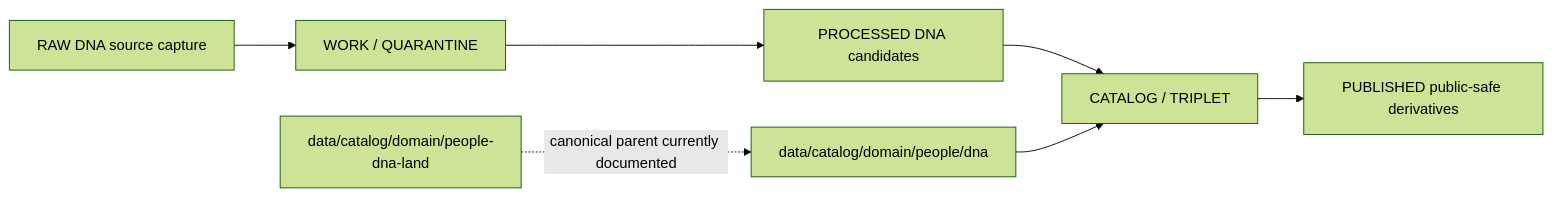
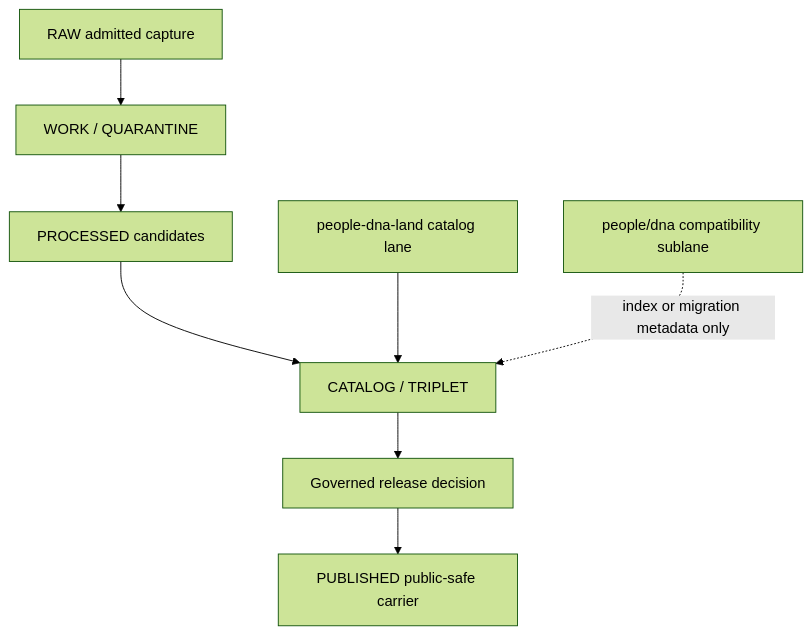
The diagram in data/catalog/domain/people/dna/README.md (bartytime4life/Kansas-Frontier-Matrix), drawn with Mermaid (forest theme) before and after one commit. The commit also changed other lines of this file, not shown here.

Commit message:
docs: modernize People DNA catalog README

````diff
--- a/data/catalog/domain/people/dna/README.md
+++ b/data/catalog/domain/people/dna/README.md
@@ -71,9 +368,10 @@
 ```mermaid
-flowchart LR
-  RAW[RAW DNA source capture] --> WORK[WORK / QUARANTINE]
-  WORK --> PROCESSED[PROCESSED DNA candidates]
-  PROCESSED --> CATALOG[CATALOG / TRIPLET]
-  CATALOG --> PUBLISHED[PUBLISHED public-safe derivatives]
-  DNA[data/catalog/domain/people/dna] --> CATALOG
-  PDL[data/catalog/domain/people-dna-land] -. canonical parent currently documented .-> DNA
+flowchart TD
+  RAW["RAW admitted capture"] --> HOLD["WORK / QUARANTINE"]
+  HOLD --> PROCESSED["PROCESSED candidates"]
+  PROCESSED --> CATALOG["CATALOG / TRIPLET"]
+  CATALOG --> RELEASE["Governed release decision"]
+  RELEASE --> PUBLISHED["PUBLISHED public-safe carrier"]
+  CANON["people-dna-land catalog lane"] --> CATALOG
+  SHORT["people/dna compatibility sublane"] -. "index or migration metadata only" .-> CATALOG
 ```
````
